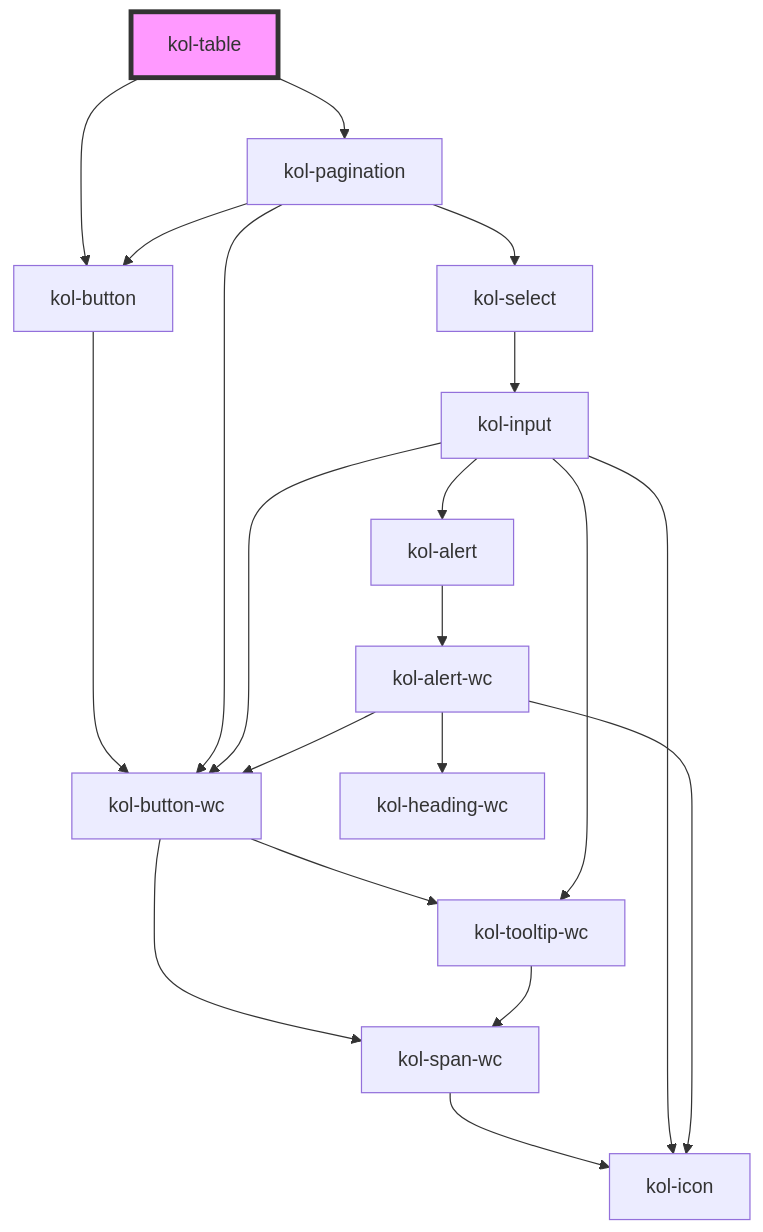
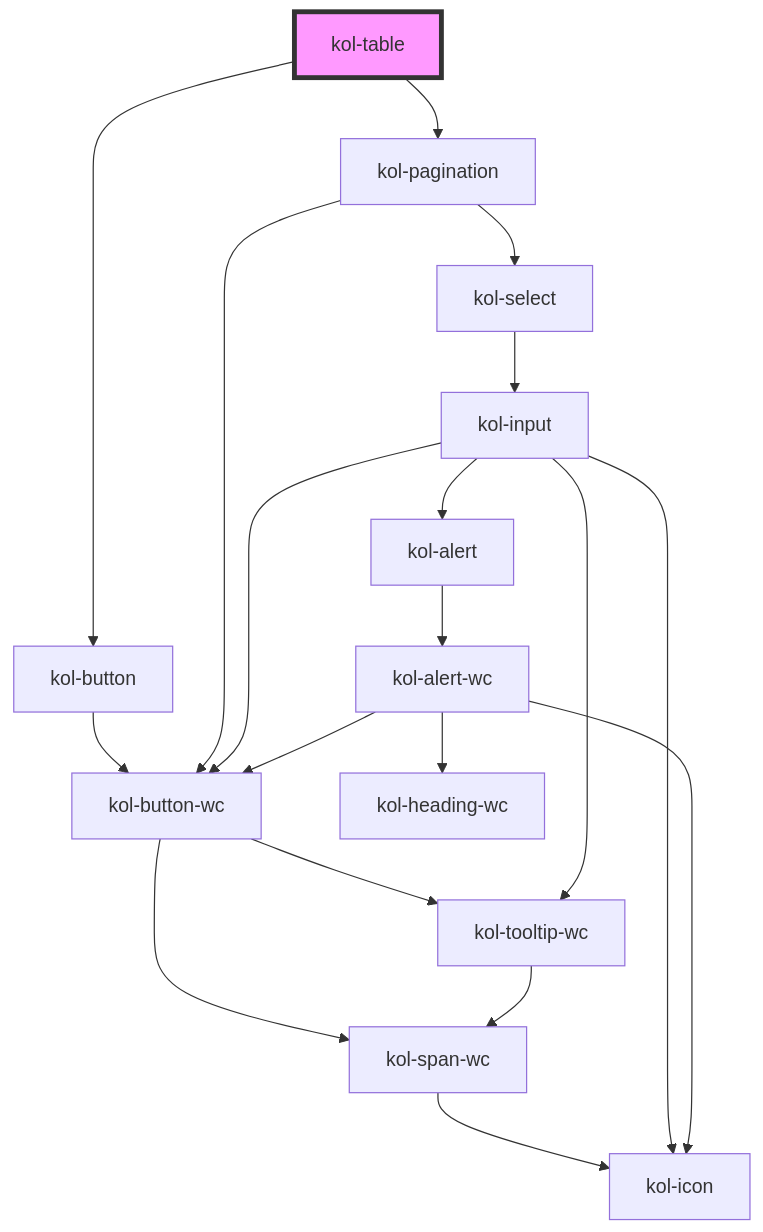
Before and after one commit to public-ui/kolibri: the diagram in packages/components/src/components/table/readme.md, drawn with Mermaid. The commit also changed other lines of this file and 3 other files, not shown here.

````diff
--- a/packages/components/src/components/table/readme.md
+++ b/packages/components/src/components/table/readme.md
@@ -142,23 +142,22 @@
 ```mermaid
 graph TD;
   kol-table --> kol-button
   kol-table --> kol-pagination
   kol-button --> kol-button-wc
   kol-button-wc --> kol-span-wc
   kol-button-wc --> kol-tooltip-wc
   kol-span-wc --> kol-icon
   kol-tooltip-wc --> kol-span-wc
-  kol-pagination --> kol-button
+  kol-pagination --> kol-button-wc
   kol-pagination --> kol-select
-  kol-pagination --> kol-button-wc
   kol-select --> kol-input
   kol-input --> kol-icon
   kol-input --> kol-button-wc
   kol-input --> kol-tooltip-wc
   kol-input --> kol-alert
   kol-alert --> kol-alert-wc
   kol-alert-wc --> kol-heading-wc
   kol-alert-wc --> kol-button-wc
   kol-alert-wc --> kol-icon
   style kol-table fill:#f9f,stroke:#333,stroke-width:4px
 ```
````
